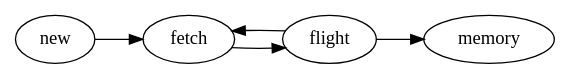
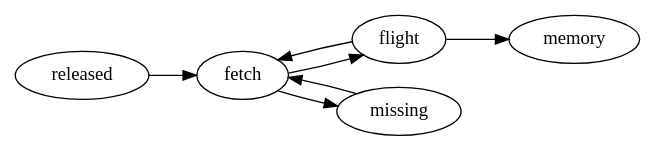
One commit to dask/distributed changed the diagram in docs/source/images/worker-dep-state.dot. Above: the diagram before and after it, drawn with Graphviz. The commit also changed 22 other files, not shown here.

```diff
--- a/docs/source/images/worker-dep-state.dot
+++ b/docs/source/images/worker-dep-state.dot
@@ -1,10 +1,13 @@
 digraph{
     graph [
         bgcolor="#FFFFFFF00",
         rankdir=LR,
         ];
-    new -> fetch;
+
+    released -> fetch;
     fetch -> flight;
     flight -> fetch;
+    fetch -> missing;
+    missing -> fetch;
     flight -> memory;
 }
```
